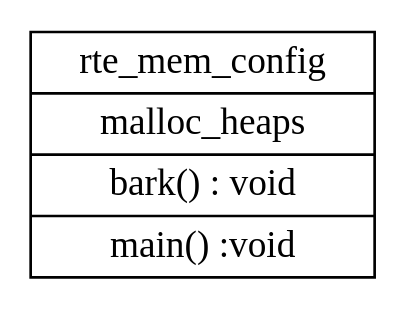
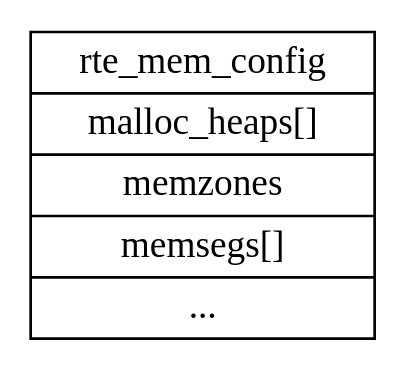
The diagram in dpdk/内存管理.md (sisyphus1212/note), drawn with Graphviz before and after one commit.

Commit message:
auto_update

````diff
--- a/dpdk/内存管理.md
+++ b/dpdk/内存管理.md
@@ -16,13 +16,14 @@
 ```graphviz
 digraph {
 	rte_mem_config[
 		label = "{
 		rte_mem_config|
-        malloc_heaps|
-		bark() : void |
-		main() :void
+        malloc_heaps[]|
+		memzones|
+		memsegs[]|
+		...
 		}",
 		shape = "record"
 	];
 }
 ```
````
